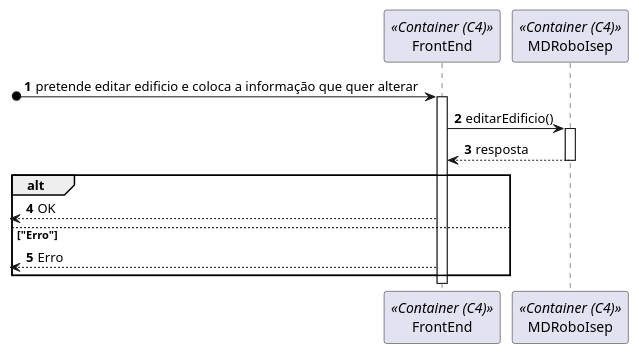
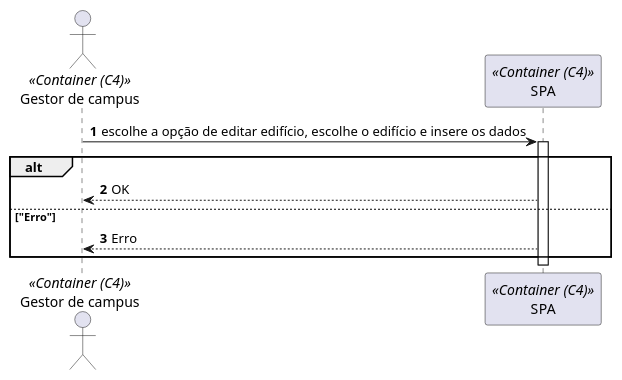
The diagram in docs/Sprint_B/US_1070/N2/VP.plantuml (SEM5PI2324G58/sem5pi_g58_23_24), drawn with PlantUML before and after one commit. The commit also changed 5 other files, not shown here.

```diff
--- a/docs/Sprint_B/US_1070/N2/VP.plantuml
+++ b/docs/Sprint_B/US_1070/N2/VP.plantuml
@@ -1,15 +1,12 @@
 autonumber
 
-participant FrontEnd as fe <<Container (C4)>>
-participant MDRoboIsep as md <<Container (C4)>>
+actor "Gestor de campus" as ator <<Container (C4)>>
+participant SPA as spa <<Container (C4)>>
 
-[o-> fe: pretende editar edificio e coloca a informação que quer alterar
-activate fe
-fe -> md: editarEdificio()
-activate md
-return resposta
+ator-> spa: escolhe a opção de editar edifício, escolhe o edifício e insere os dados
+activate spa
 alt
-<-- fe: OK
+ator<-- spa: OK
 else "Erro"
-<-- fe: Erro
+ator<-- spa: Erro
 end alt
```
